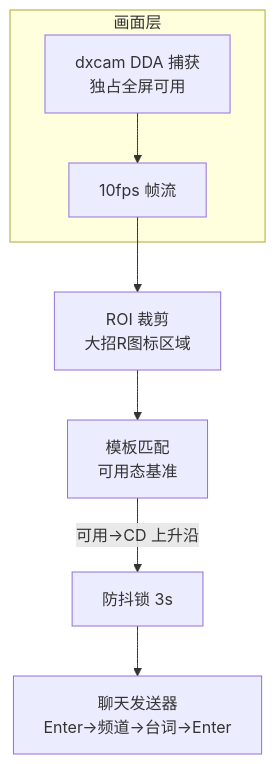
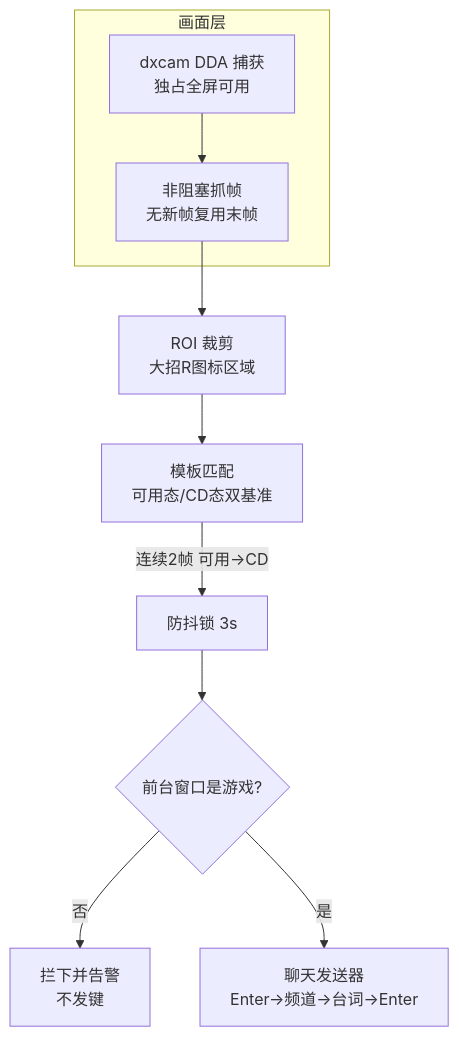
The diagram in README.md (yehuoshun/300-shout), drawn with Mermaid before and after one commit. The commit also changed other lines of this file and 10 other files, not shown here.

````diff
--- a/README.md
+++ b/README.md
@@ -17,10 +29,12 @@
 ```mermaid
 flowchart TD
     subgraph 画面层
-        A[dxcam DDA 捕获<br/>独占全屏可用] --> B[10fps 帧流]
+        A[dxcam DDA 捕获<br/>独占全屏可用] --> B[非阻塞抓帧<br/>无新帧复用末帧]
     end
     B --> C[ROI 裁剪<br/>大招R图标区域]
-    C --> D[模板匹配<br/>可用态基准]
-    D -->|可用→CD 上升沿| E[防抖锁 3s]
-    E --> F[聊天发送器<br/>Enter→频道→台词→Enter]
+    C --> D[模板匹配<br/>可用态/CD态双基准]
+    D -->|连续2帧 可用→CD| E[防抖锁 3s]
+    E --> F{前台窗口是游戏?}
+    F -->|否| G[拦下并告警<br/>不发键]
+    F -->|是| H[聊天发送器<br/>Enter→频道→台词→Enter]
 ```
````
